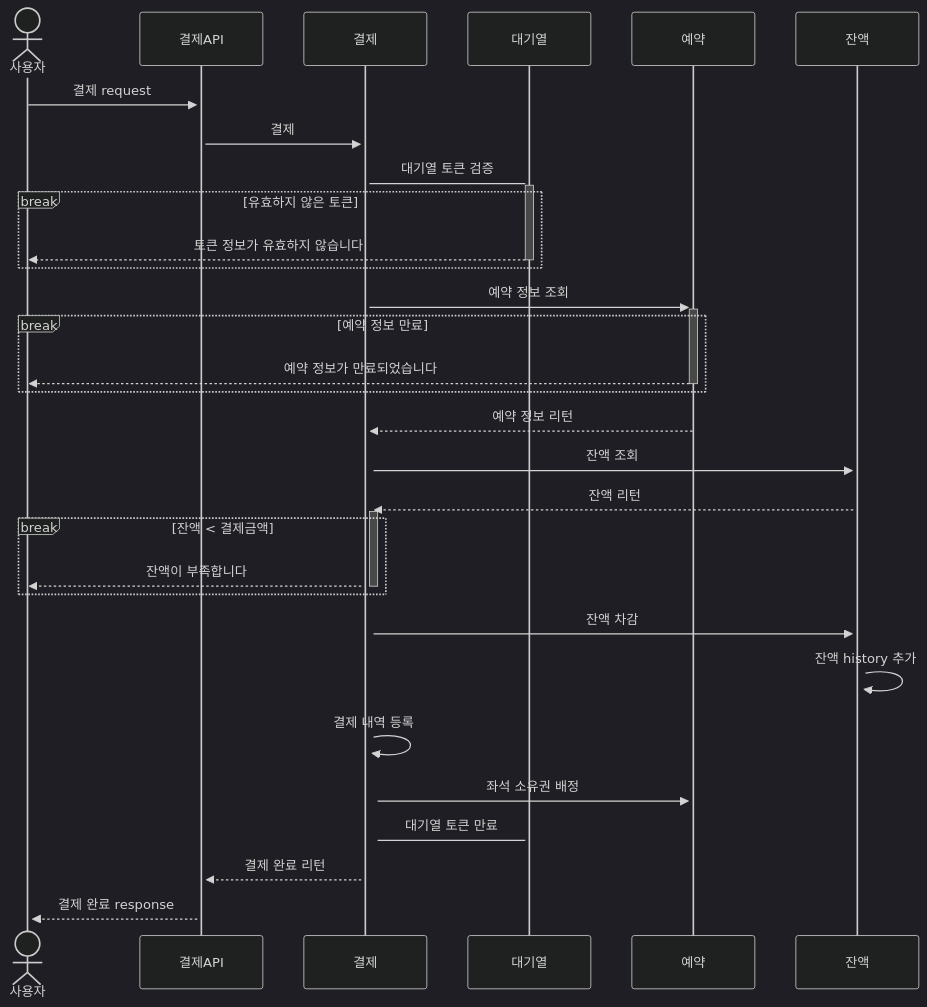
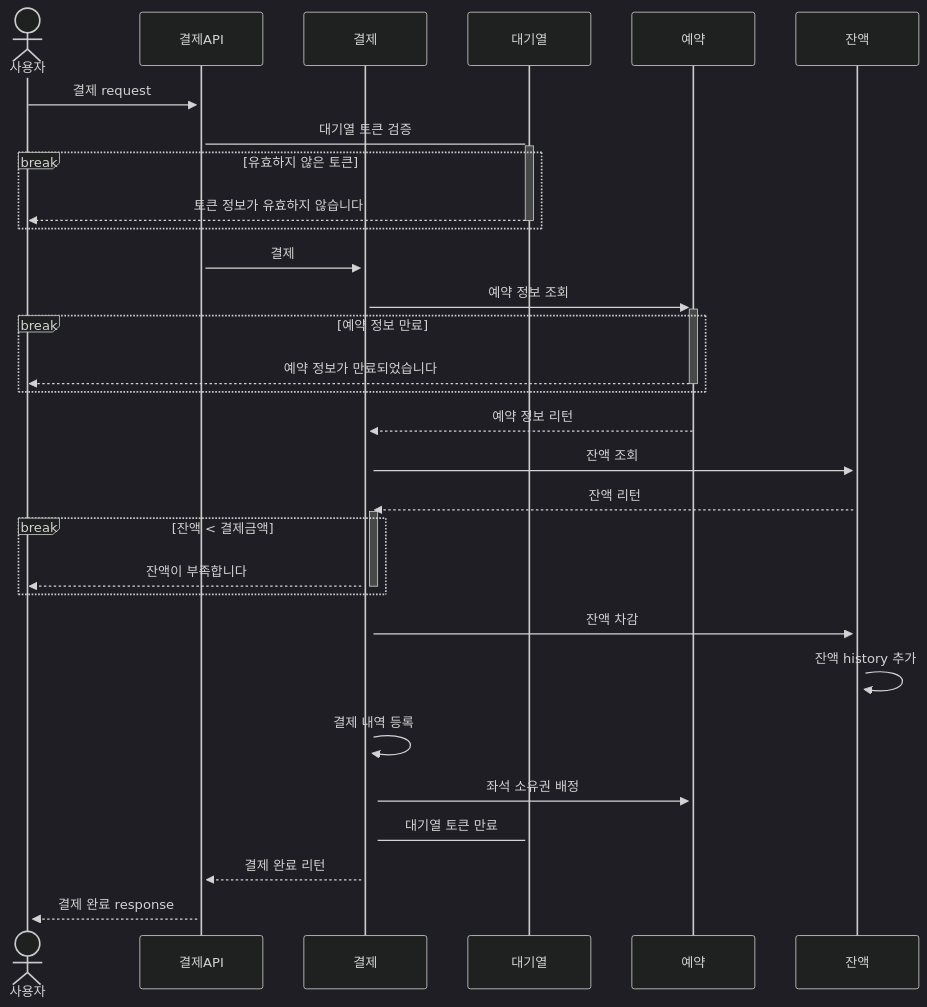
Before and after one commit to jangyoojeong/hhplus-ticketing-week03: the seventh of 7 diagrams in doc/SEQUENCS.md, drawn with Mermaid (dark theme). The commit also changed other lines of this file, not shown here.

````diff
--- a/doc/SEQUENCS.md
+++ b/doc/SEQUENCS.md
@@ -154,33 +154,33 @@
 ```mermaid
 sequenceDiagram
     actor  사용자
     participant 결제API
     participant 결제
     participant 대기열
     participant 예약
     participant 잔액
 
     사용자->>+결제API: 결제 request
-    결제API->>+결제: 결제
-    결제->+대기열:대기열 토큰 검증
+    결제API->+대기열:대기열 토큰 검증
     break 유효하지 않은 토큰
         대기열-->>-사용자: 토큰 정보가 유효하지 않습니다
     end
+    결제API->>+결제: 결제
     결제->>+예약: 예약 정보 조회
     break 예약 정보 만료
         예약-->>-사용자: 예약 정보가 만료되었습니다
     end
     예약-->>+결제: 예약 정보 리턴
     결제->>+잔액: 잔액 조회
     잔액-->>+결제: 잔액 리턴
     break 잔액 < 결제금액
         결제-->>-사용자: 잔액이 부족합니다
     end
     결제->>+잔액 : 잔액 차감
     잔액->>+잔액 : 잔액 history 추가
     결제->>+결제 : 결제 내역 등록
     결제->>+예약 : 좌석 소유권 배정
     결제->+대기열 : 대기열 토큰 만료
     결제-->>+결제API: 결제 완료 리턴
     결제API-->>+사용자: 결제 완료 response
 ```
````
